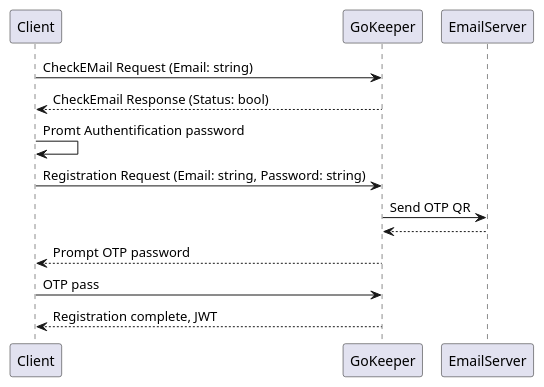
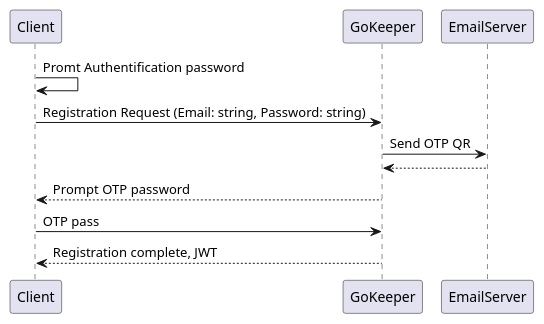
One commit to StasMerzlyakov/gophkeeper changed the first of 3 diagrams in README.md. Above: the diagram before and after it, drawn with PlantUML. The commit also changed 8 other files, not shown here.

````diff
--- a/README.md
+++ b/README.md
@@ -19,13 +19,11 @@
 ```plantuml
 @startuml
-Client->GoKeeper: CheckEMail Request (Email: string)
-GoKeeper--->Client: CheckEmail Response (Status: bool)
 Client->Client: Promt Authentification password
 Client->GoKeeper: Registration Request (Email: string, Password: string)
 GoKeeper-> EmailServer: Send OTP QR
 EmailServer-->GoKeeper:
 GoKeeper-->Client: Prompt OTP password
 Client->GoKeeper: OTP pass
 GoKeeper-->Client: Registration complete, JWT
 @enduml
 ```
````
